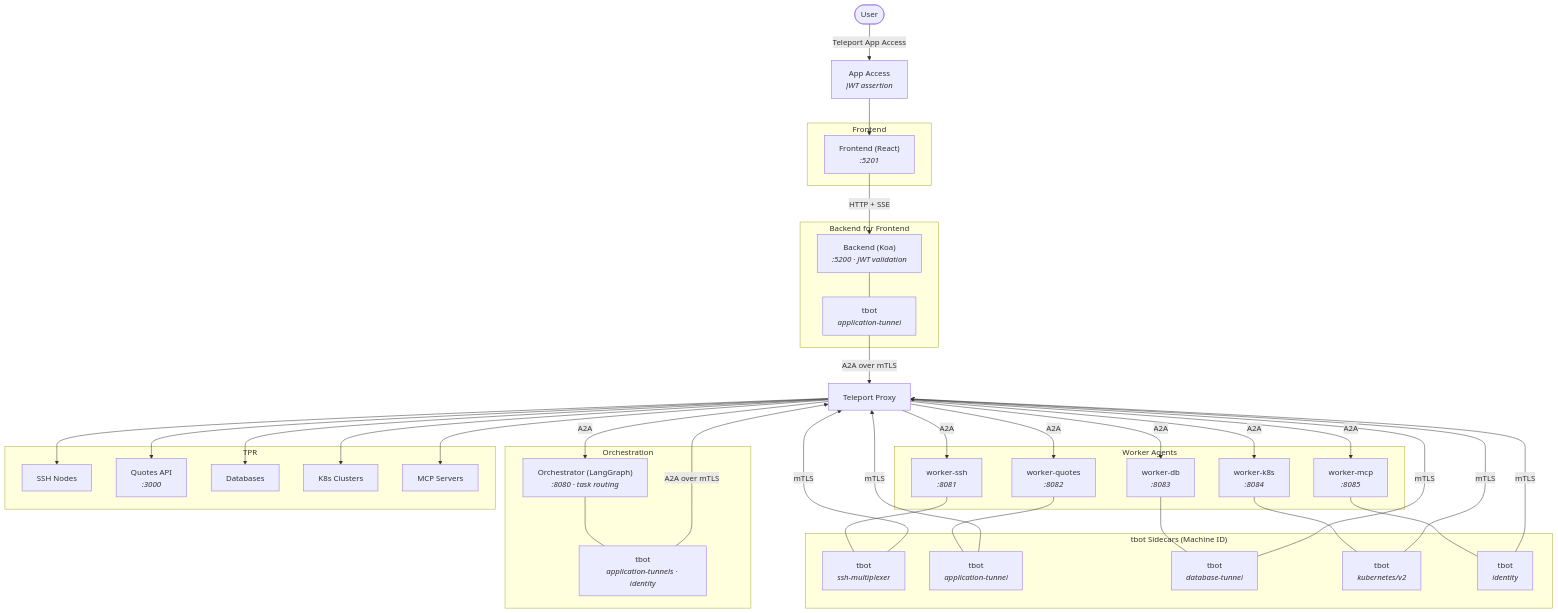
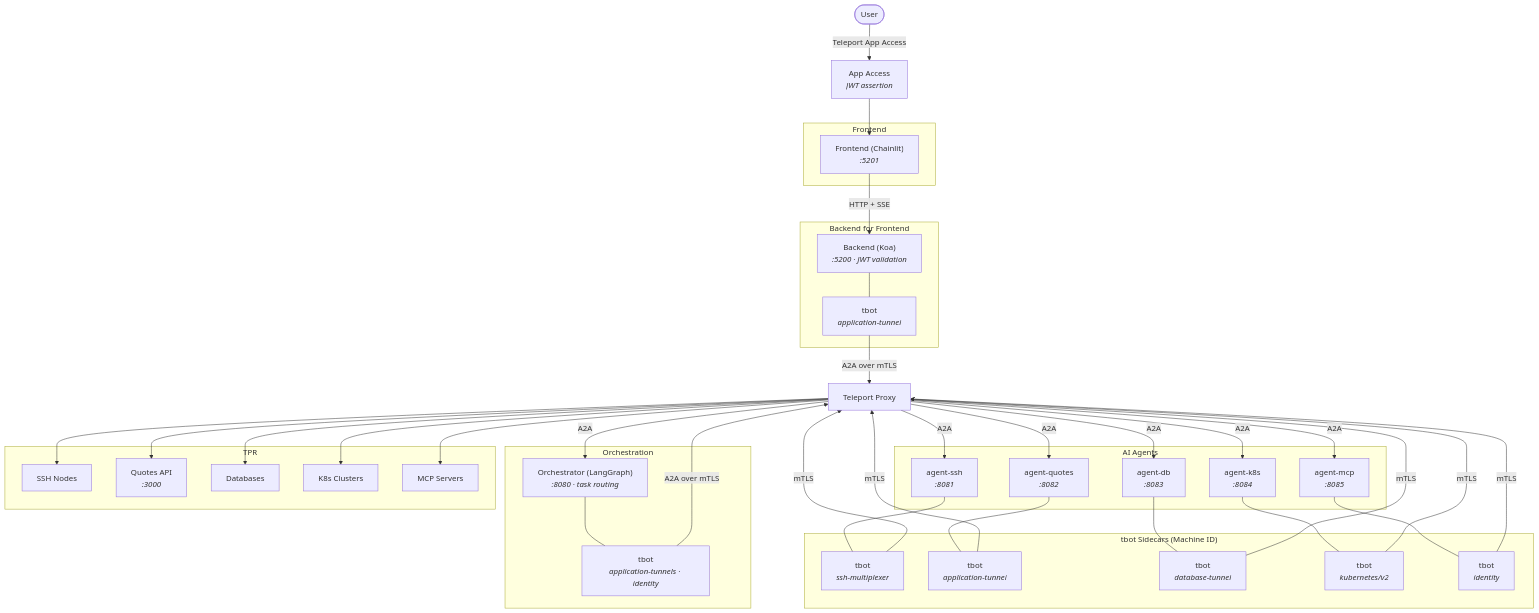
Before and after one commit to gravitational/rev-tech: the diagram in use-cases/ai/README.md, drawn with Mermaid. The commit also changed 1 other file, not shown here.

Commit message:
update the stack to include chainlit

````diff
--- a/use-cases/ai/README.md
+++ b/use-cases/ai/README.md
@@ -5,77 +5,77 @@
 ```mermaid
 flowchart TB
     User([User])
     AppAccess["App Access<br/><i>JWT assertion</i>"]
     Proxy["Teleport Proxy"]
 
     subgraph frontend["Frontend"]
-        Web["Frontend (React)<br/><i>:5201</i>"]
+        Web["Frontend (Chainlit)<br/><i>:5201</i>"]
     end
 
     subgraph bff["Backend for Frontend"]
         Backend["Backend (Koa)<br/><i>:5200 · JWT validation</i>"]
         TbotBackend["tbot<br/><i>application-tunnel</i>"]
     end
 
 
     subgraph orchestration["Orchestration"]
         Orchestrator["Orchestrator (LangGraph)<br/><i>:8080 · task routing</i>"]
         TbotOrch["tbot<br/><i>application-tunnels · identity</i>"]
     end
 
-    subgraph workers["Worker Agents"]
-        SSH["worker-ssh<br/><i>:8081</i>"]
-        Quotes["worker-quotes<br/><i>:8082</i>"]
-        DB["worker-db<br/><i>:8083</i>"]
-        K8s["worker-k8s<br/><i>:8084</i>"]
-        MCP["worker-mcp<br/><i>:8085</i>"]
+    subgraph agents["AI Agents"]
+        SSH["agent-ssh<br/><i>:8081</i>"]
+        Quotes["agent-quotes<br/><i>:8082</i>"]
+        DB["agent-db<br/><i>:8083</i>"]
+        K8s["agent-k8s<br/><i>:8084</i>"]
+        MCP["agent-mcp<br/><i>:8085</i>"]
     end
 
     subgraph sidecars["tbot Sidecars (Machine ID)"]
         TbotSSH["tbot<br/><i>ssh-multiplexer</i>"]
         TbotQuotes["tbot<br/><i>application-tunnel</i>"]
         TbotDB["tbot<br/><i>database-tunnel</i>"]
         TbotK8s["tbot<br/><i>kubernetes/v2</i>"]
         TbotMCP["tbot<br/><i>identity</i>"]
     end
 
     subgraph resources["TPR"]
         SSHNodes["SSH Nodes"]
         QuotesApp["Quotes API<br/><i>:3000</i>"]
         Database["Databases"]
         K8sCluster["K8s Clusters"]
         McpServers["MCP Servers"]
     end
 
     User -->|"Teleport App Access"| AppAccess
     AppAccess --> Web
     Web -->|"HTTP + SSE"| Backend
     Backend --- TbotBackend
     TbotBackend -->|"A2A over mTLS"| Proxy
     Proxy -->|"A2A"| Orchestrator
     Orchestrator --- TbotOrch
     TbotOrch -->|"A2A over mTLS"| Proxy
     Proxy -->|"A2A"| SSH
     Proxy -->|"A2A"| Quotes
     Proxy -->|"A2A"| DB
     Proxy -->|"A2A"| K8s
     Proxy -->|"A2A"| MCP
 
     SSH --- TbotSSH
     Quotes --- TbotQuotes
     DB --- TbotDB
     K8s --- TbotK8s
     MCP --- TbotMCP
 
     TbotSSH -->|"mTLS"| Proxy
     TbotQuotes -->|"mTLS"| Proxy
     TbotDB -->|"mTLS"| Proxy
     TbotK8s -->|"mTLS"| Proxy
     TbotMCP -->|"mTLS"| Proxy
 
     Proxy --> SSHNodes
     Proxy --> QuotesApp
     Proxy --> Database
     Proxy --> K8sCluster
     Proxy --> McpServers
 ```
````
